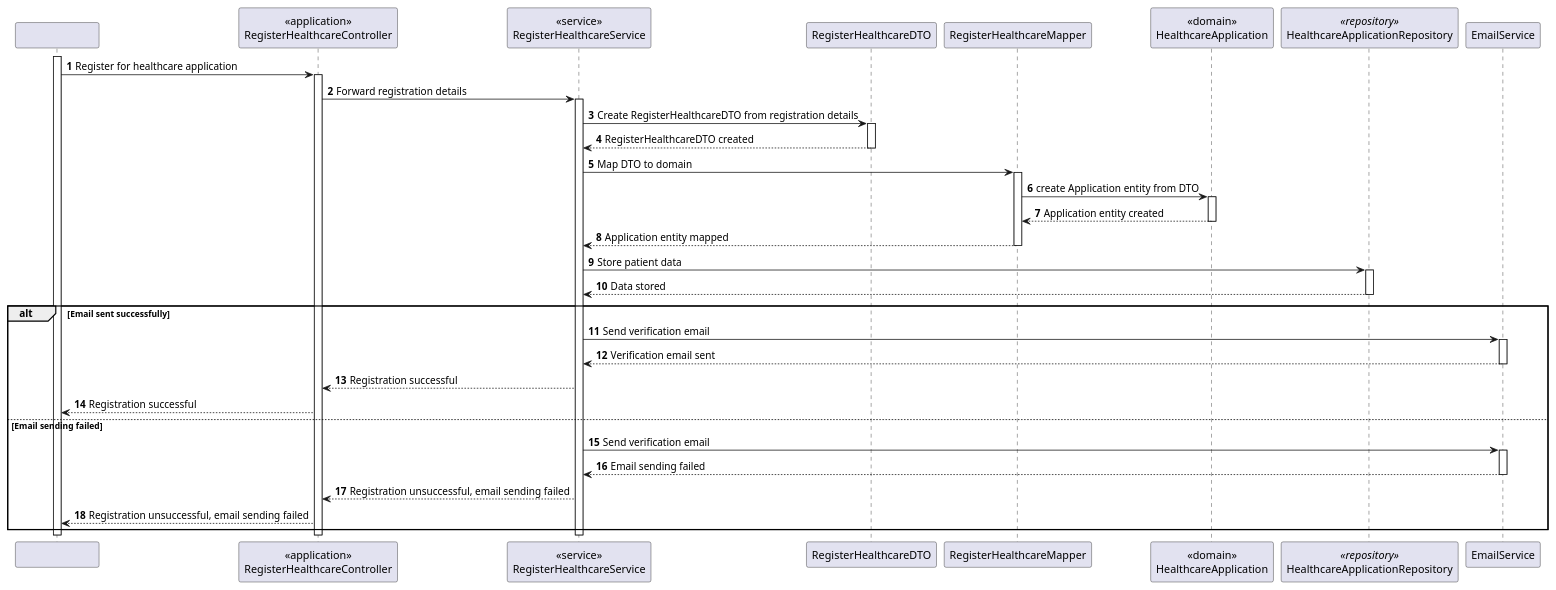
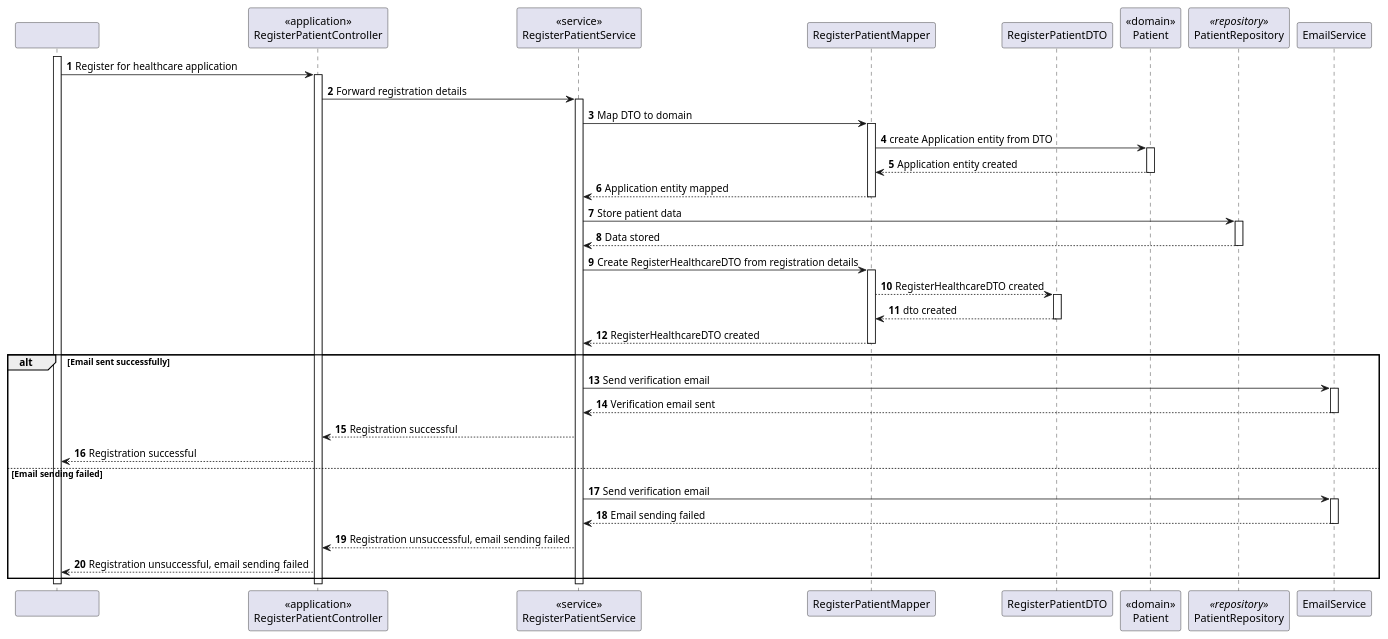
Before and after one commit to Saquinho74/LAPR5: the diagram in Docs/SprintA/US3/level3/process_view.puml, drawn with PlantUML.

Commit message:
#3 dto use after mapper

```diff
--- a/Docs/SprintA/US3/level3/process_view.puml
+++ b/Docs/SprintA/US3/level3/process_view.puml
@@ -1,76 +1,86 @@
 @startuml
 'https://plantuml.com/sequence-diagram
 
 autonumber
 
 participant "                          " as sys
-participant "<<application>>\nRegisterHealthcareController" as ctrl
-participant "<<service>>\nRegisterHealthcareService" as svc
-participant "RegisterHealthcareDTO" as dto
-participant "RegisterHealthcareMapper" as mapper
-participant "<<domain>>\nHealthcareApplication" as app
-participant "HealthcareApplicationRepository" as repo <<repository>>
+participant "<<application>>\nRegisterPatientController" as ctrl
+participant "<<service>>\nRegisterPatientService" as svc
+participant "RegisterPatientMapper" as mapper
+participant "RegisterPatientDTO" as dto
+participant "<<domain>>\nPatient" as app
+participant "PatientRepository" as repo <<repository>>
 participant "EmailService" as email
 
 activate sys
 
 sys -> ctrl: Register for healthcare application
 
 activate ctrl
 
 ctrl -> svc: Forward registration details
 
 activate svc
 
-svc -> dto: Create RegisterHealthcareDTO from registration details
-activate dto
 
-dto --> svc: RegisterHealthcareDTO created
-deactivate dto
 
 svc -> mapper: Map DTO to domain
 activate mapper
 
 mapper -> app : create Application entity from DTO
 activate app
 
 app --> mapper : Application entity created
 
 deactivate app
 
 mapper --> svc: Application entity mapped
 deactivate mapper
 
 svc -> repo: Store patient data
 activate repo
 
 repo --> svc: Data stored
+deactivate repo
 
+svc -> mapper: Create RegisterHealthcareDTO from registration details
 deactivate repo
+
+activate mapper
+
+mapper --> dto: RegisterHealthcareDTO created
+activate dto
+
+dto --> mapper: dto created
+deactivate dto
+
+mapper --> svc: RegisterHealthcareDTO created
+deactivate mapper
+
 
 alt Email sent successfully
     svc -> email: Send verification email
     activate email
     email --> svc: Verification email sent
     deactivate email
     svc --> ctrl: Registration successful
     
     ctrl --> sys: Registration successful
     
 else Email sending failed
     svc -> email: Send verification email
     activate email
     
     email --> svc: Email sending failed
     deactivate email
     svc --> ctrl: Registration unsuccessful, email sending failed
     
     ctrl --> sys: Registration unsuccessful, email sending failed
 end
 deactivate svc
 
 deactivate ctrl
 
 deactivate sys
 
 @enduml
```
